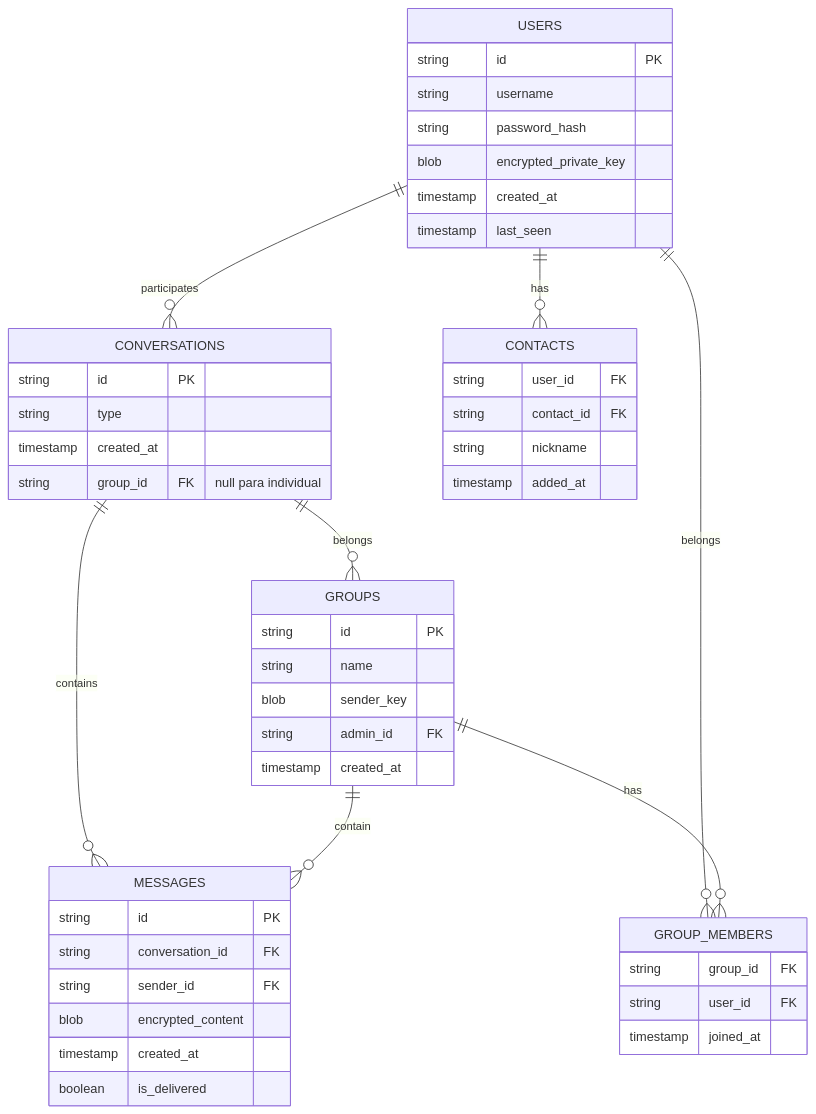
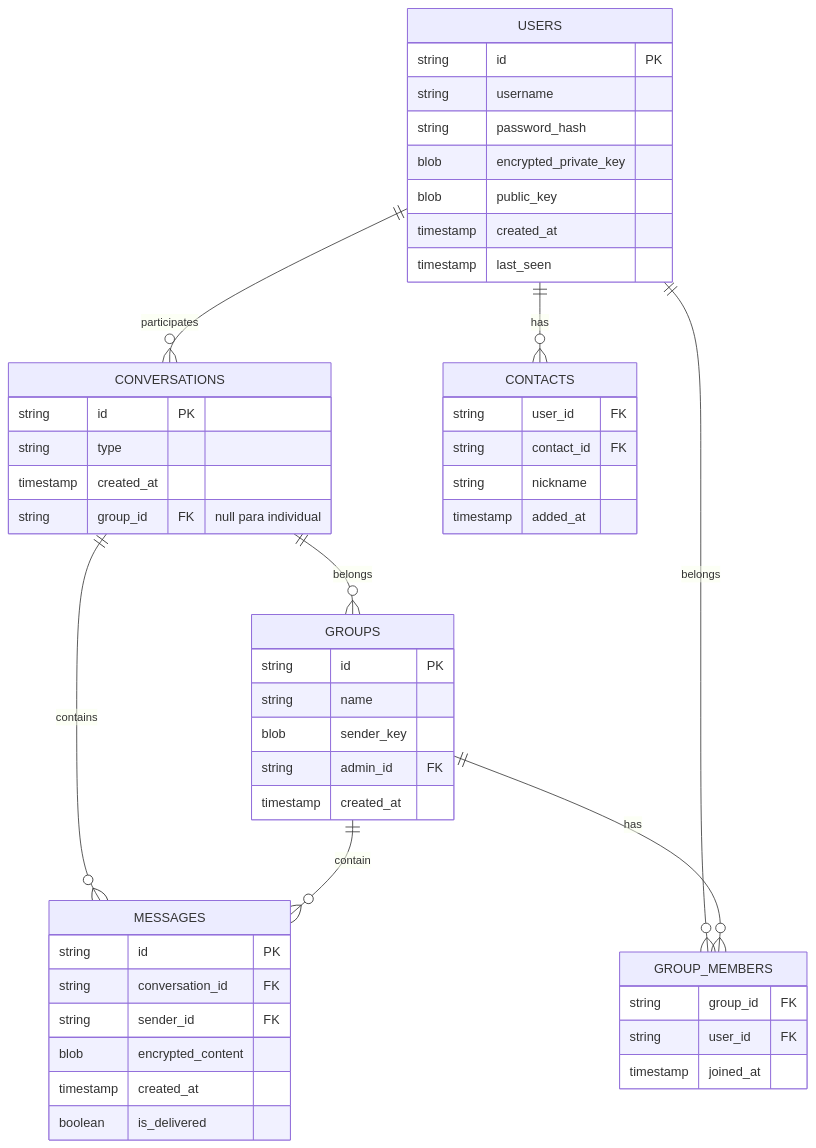
Before and after one commit to Gugarauj07/ChatE2EE-ElgamalCrypto: the first of 2 diagrams in README.md, drawn with Mermaid. The commit also changed other lines of this file and 38 other files, not shown here.

````diff
--- a/README.md
+++ b/README.md
@@ -10,50 +10,51 @@
 ```mermaid
 erDiagram
     USERS ||--o{ CONVERSATIONS : participates
     USERS ||--o{ GROUP_MEMBERS : belongs
     USERS ||--o{ CONTACTS : has
     CONVERSATIONS ||--o{ MESSAGES : contains
     CONVERSATIONS ||--o{ GROUPS : belongs
     GROUPS ||--o{ GROUP_MEMBERS : has
     GROUPS ||--o{ MESSAGES : contain
     USERS {
         string id PK
         string username
         string password_hash
         blob encrypted_private_key
+        blob public_key
         timestamp created_at
         timestamp last_seen
     }
     CONTACTS {
         string user_id FK
         string contact_id FK
         string nickname
         timestamp added_at
     }
     CONVERSATIONS {
         string id PK
         string type
         timestamp created_at
         string group_id FK "null para individual"
     }
     MESSAGES {
         string id PK
         string conversation_id FK
         string sender_id FK
         blob encrypted_content
         timestamp created_at
         boolean is_delivered
     }
     GROUPS {
         string id PK
         string name
         blob sender_key
         string admin_id FK
         timestamp created_at
     }
     GROUP_MEMBERS {
         string group_id FK
         string user_id FK
         timestamp joined_at
     }
 ```
````
